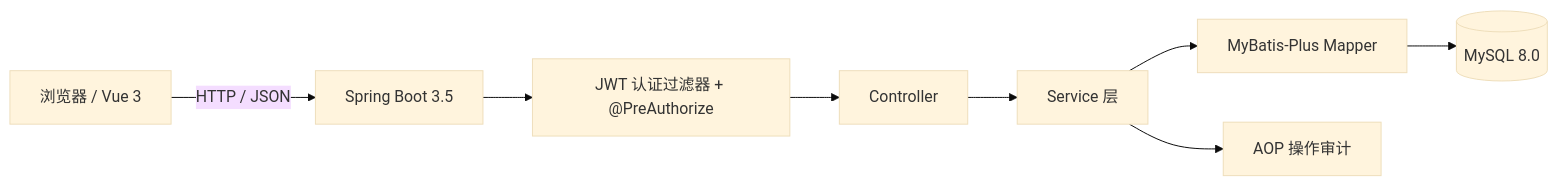
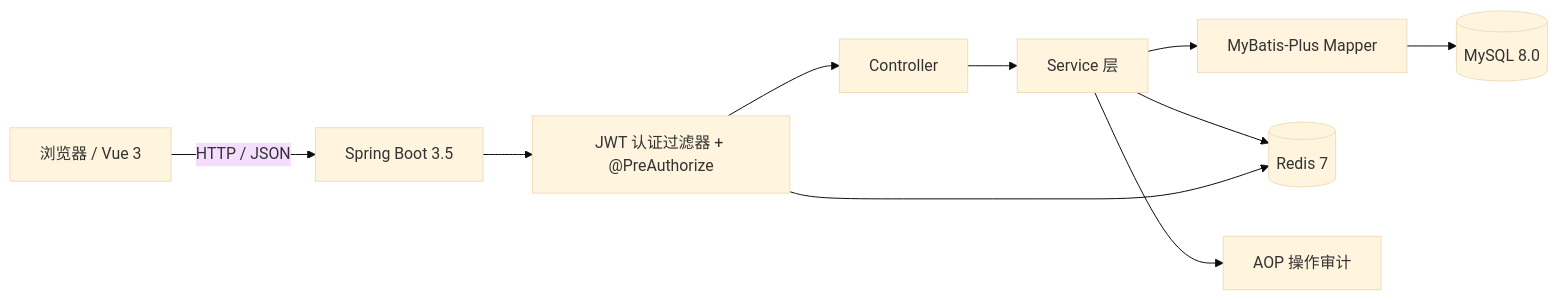
The diagram in README.md (stitch7717/stitch777), drawn with Mermaid (base theme) before and after one commit. The commit also changed other lines of this file and 1 other file, not shown here.

Commit message:
docs: 更新 README 与设计取舍（Redis/Docker/CI/Swagger）

````diff
--- a/README.md
+++ b/README.md
@@ -38,10 +44,12 @@
 ```mermaid
 flowchart LR
     Browser[浏览器 / Vue 3] -->|HTTP / JSON| API[Spring Boot 3.5]
     API --> Security[JWT 认证过滤器 + @PreAuthorize]
     Security --> Controller[Controller]
     Controller --> Service[Service 层]
     Service --> Mapper[MyBatis-Plus Mapper]
     Mapper --> MySQL[(MySQL 8.0)]
+    Service --> Redis[(Redis 7)]
+    Security --> Redis
     Service --> Audit[AOP 操作审计]
 ```
````
